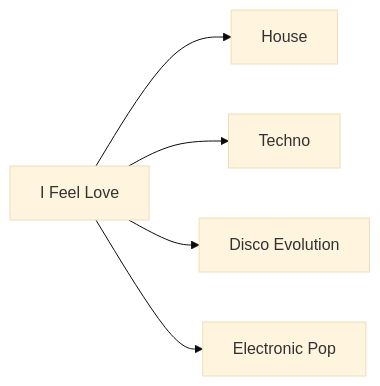
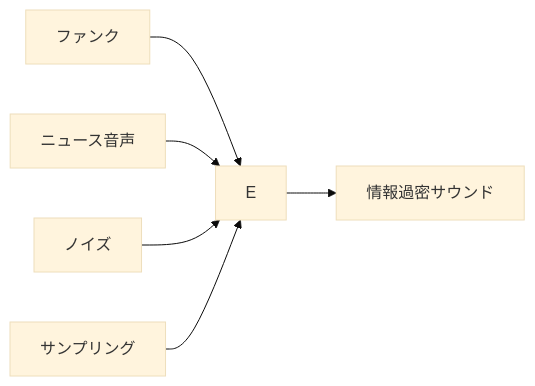
Diagram 20 of 21 in _posts/2026-06-27-column-influential-album-01.md (monumental-movement/monumental-movement.github.io), drawn with Mermaid (base theme) before and after one commit. The commit also changed other lines of this file and 3 other files, not shown here.

```diff
--- a/_posts/2026-06-27-column-influential-album-01.md
+++ b/_posts/2026-06-27-column-influential-album-01.md
@@ -269,7 +1462,15 @@
 <div class="mermaid">
 flowchart LR
-I[I Feel Love] --> H[House]
-I --> T[Techno]
-I --> D[Disco Evolution]
-I --> E[Electronic Pop]
+A[ファンク]
+B[ニュース音声]
+C[ノイズ]
+D[サンプリング]
+
+A --> E
+B --> E
+C --> E
+D --> E
+
+E --> F[情報過密サウンド]
+
 </div>
```
